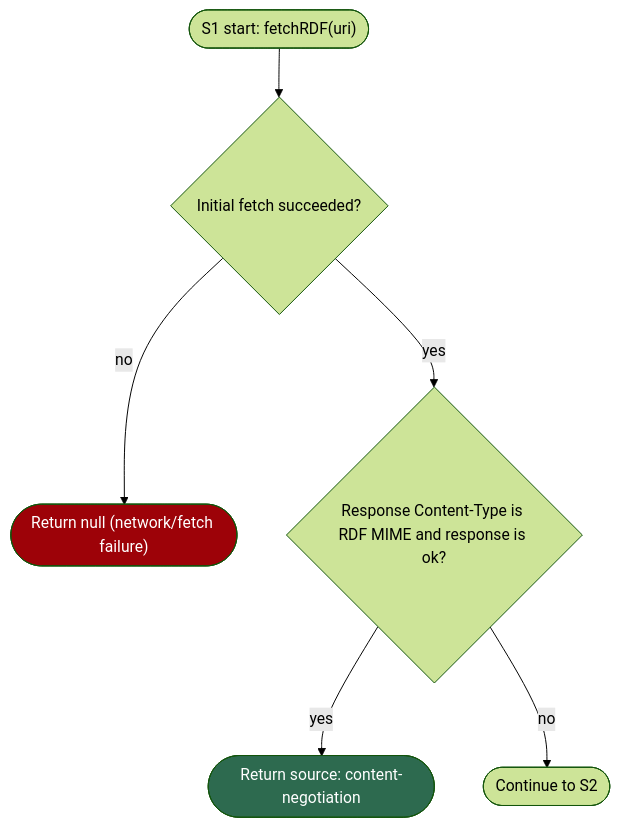
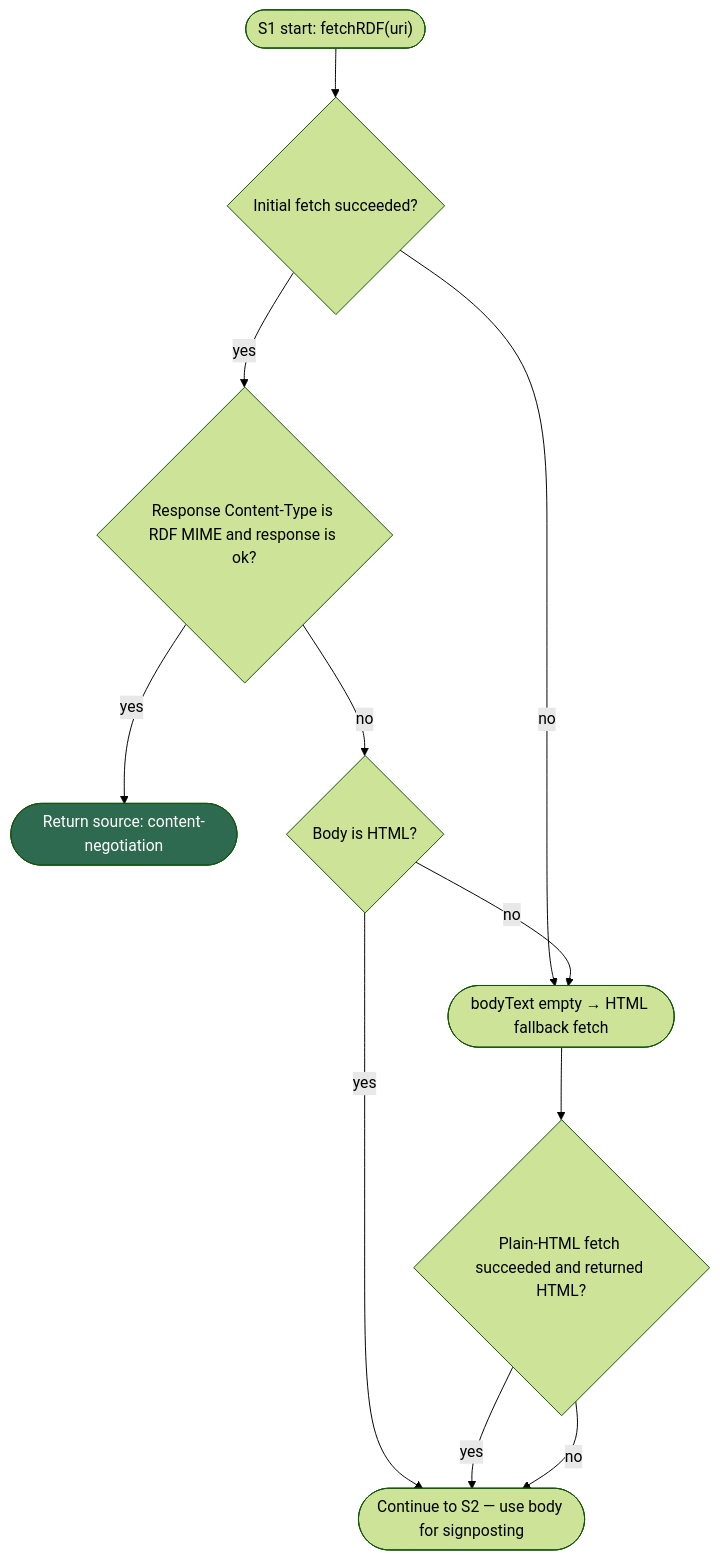
The third of 9 diagrams in DOCUMENTATION.md (cedricdcc/wrx), drawn with Mermaid (forest theme) before and after one commit. The commit also changed other lines of this file and 3 other files, not shown here.

First line of the commit message:
feat: HTML signposting fallback when content negotiation yields no HTML body

````diff
--- a/DOCUMENTATION.md
+++ b/DOCUMENTATION.md
@@ -201,11 +201,15 @@
 ```mermaid
 flowchart TD
   S1_START(["S1 start: fetchRDF(uri)"]) --> S1_FETCH{"Initial fetch succeeded?"}
-  S1_FETCH -->|no| S1_NULL(["Return null (network/fetch failure)"])
+  S1_FETCH -->|no| S1_FALLBACK(["bodyText empty → HTML fallback fetch"])
   S1_FETCH -->|yes| S1_CT{"Response Content-Type is RDF MIME and response is ok?"}
   S1_CT -->|yes| S1_OK(["Return source: content-negotiation"])
-  S1_CT -->|no| S1_NEXT(["Continue to S2"])
+  S1_CT -->|no| S1_BODY{"Body is HTML?"}
+  S1_BODY -->|yes| S1_NEXT(["Continue to S2 — use body for signposting"])
+  S1_BODY -->|no| S1_FALLBACK
+  S1_FALLBACK --> S1_HFETCH{"Plain-HTML fetch succeeded and returned HTML?"}
+  S1_HFETCH -->|yes| S1_NEXT
+  S1_HFETCH -->|no| S1_NEXT
 
   style S1_OK fill:#2d6a4f,color:#fff
-  style S1_NULL fill:#9d0208,color:#fff
 ```
````
